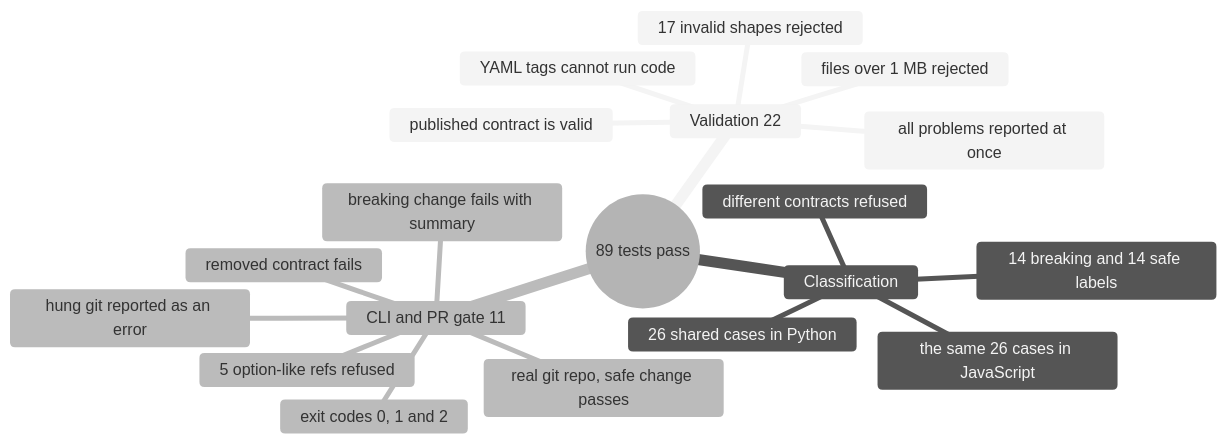
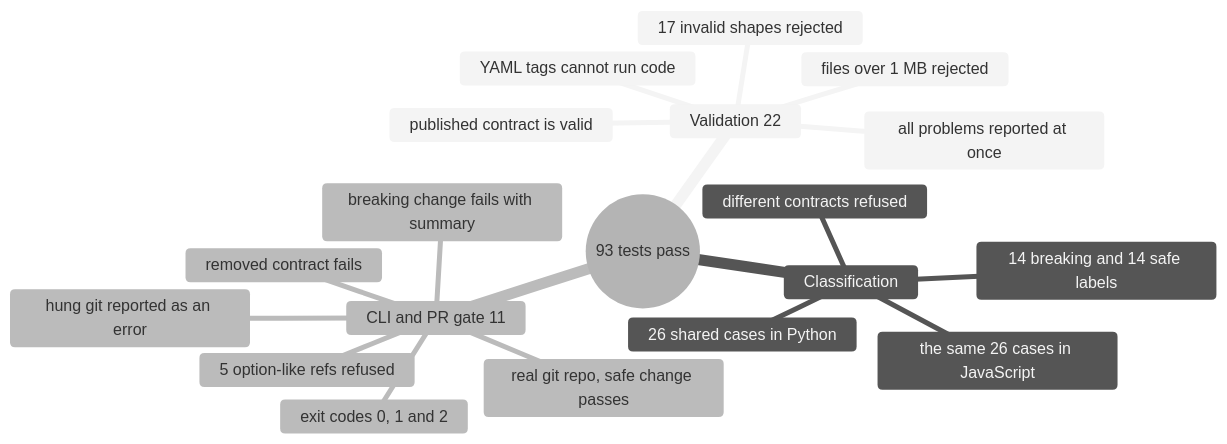
One commit to EquinoxWN/data-contracts-platform changed the second of 2 diagrams in README.md. Above: the diagram before and after it, drawn with Mermaid (neutral theme). The commit also changed other lines of this file and 5 other files, not shown here.

````diff
--- a/README.md
+++ b/README.md
@@ -131,22 +131,22 @@
 ```mermaid
 mindmap
-  root((89 tests pass))
+  root((93 tests pass))
     Validation 22
       published contract is valid
       17 invalid shapes rejected
       files over 1 MB rejected
       all problems reported at once
       YAML tags cannot run code
     Classification
       26 shared cases in Python
       the same 26 cases in JavaScript
       14 breaking and 14 safe labels
       different contracts refused
     CLI and PR gate 11
       exit codes 0, 1 and 2
       real git repo, safe change passes
       breaking change fails with summary
       removed contract fails
       5 option-like refs refused
       hung git reported as an error
 ```
````
